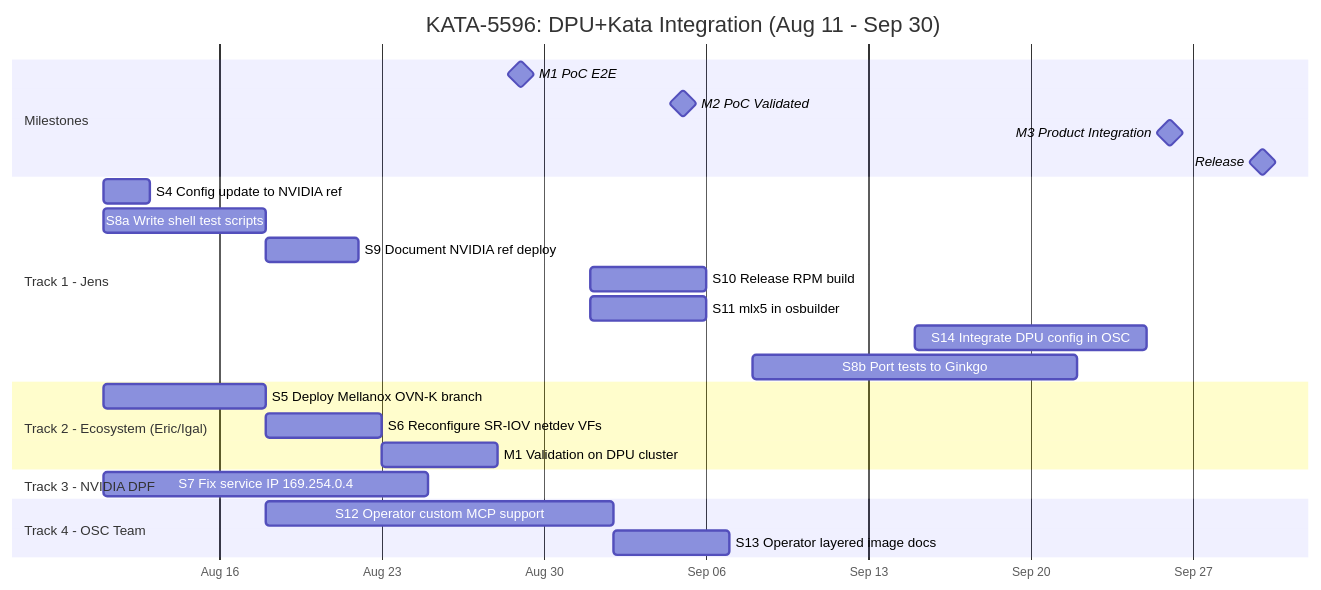
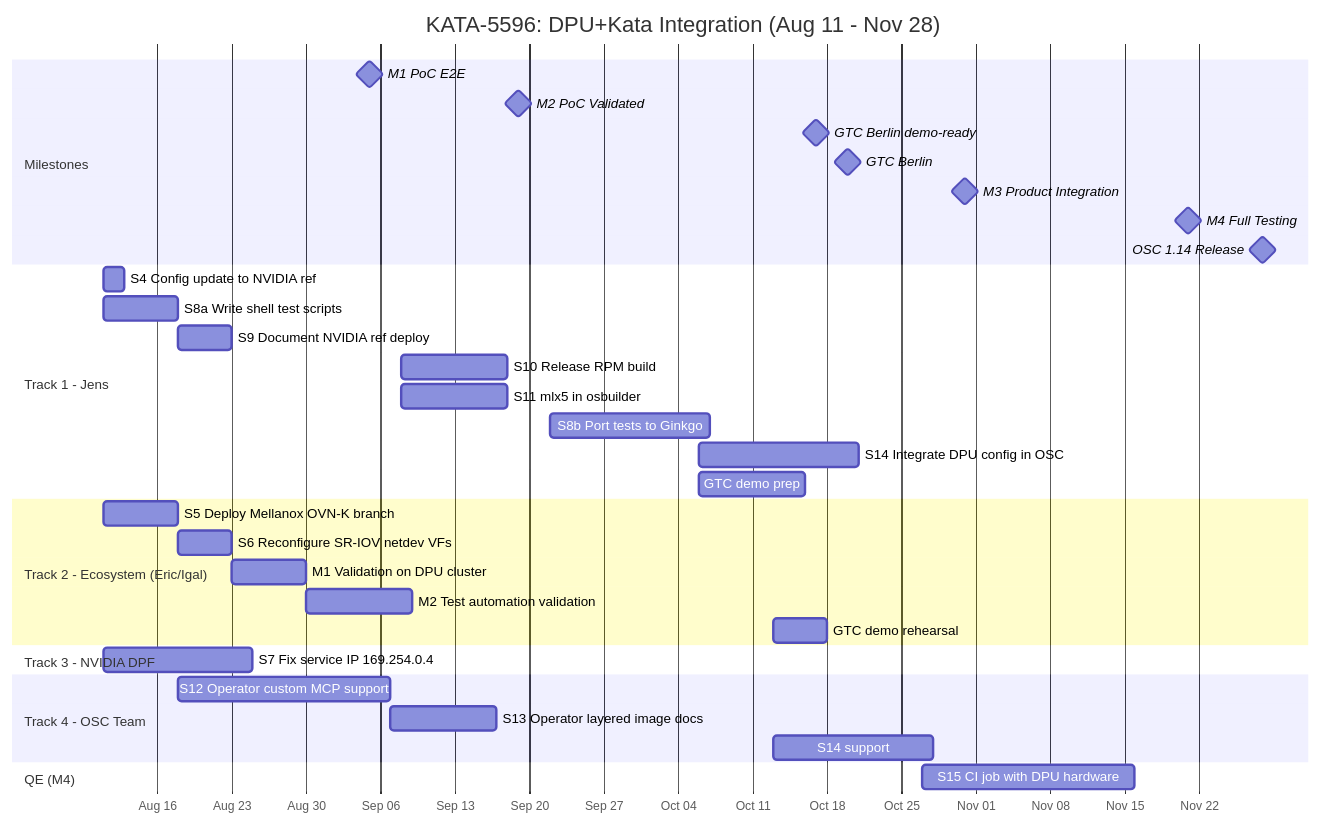
The diagram in dpu-timeline.md (jensfr/rhcos-layer-kata-dpu), drawn with Mermaid before and after one commit. The commit also changed other lines of this file, not shown here.

Commit message:
Update timeline: Nov 28 release, GTC Berlin Oct 20-22 demo deadline

````diff
--- a/dpu-timeline.md
+++ b/dpu-timeline.md
@@ -16,33 +21,43 @@
 ```mermaid
 gantt
-    title KATA-5596: DPU+Kata Integration (Aug 11 - Sep 30)
+    title KATA-5596: DPU+Kata Integration (Aug 11 - Nov 28)
     dateFormat YYYY-MM-DD
     axisFormat %b %d
 
     section Milestones
-    M1 PoC E2E              :milestone, m1, 2026-08-29, 0d
-    M2 PoC Validated        :milestone, m2, 2026-09-05, 0d
-    M3 Product Integration  :milestone, m3, 2026-09-26, 0d
-    Release                 :milestone, rel, 2026-09-30, 0d
+    M1 PoC E2E                   :milestone, m1, 2026-09-05, 0d
+    M2 PoC Validated             :milestone, m2, 2026-09-19, 0d
+    GTC Berlin demo-ready        :milestone, gtc, 2026-10-17, 0d
+    GTC Berlin                   :milestone, gtcconf, 2026-10-20, 0d
+    M3 Product Integration       :milestone, m3, 2026-10-31, 0d
+    M4 Full Testing              :milestone, m4, 2026-11-21, 0d
+    OSC 1.14 Release             :milestone, rel, 2026-11-28, 0d
 
     section Track 1 - Jens
     S4 Config update to NVIDIA ref    :s4, 2026-08-11, 2d
     S8a Write shell test scripts      :s8a, 2026-08-11, 7d
-    S9 Document NVIDIA ref deploy     :s9, 2026-08-18, 4d
-    S10 Release RPM build             :s10, 2026-09-01, 5d
-    S11 mlx5 in osbuilder             :s11, 2026-09-01, 5d
-    S14 Integrate DPU config in OSC   :s14, 2026-09-15, 10d
-    S8b Port tests to Ginkgo          :s8b, 2026-09-08, 14d
+    S9 Document NVIDIA ref deploy     :s9, 2026-08-18, 5d
+    S10 Release RPM build             :s10, 2026-09-08, 10d
+    S11 mlx5 in osbuilder             :s11, 2026-09-08, 10d
+    S8b Port tests to Ginkgo          :s8b, 2026-09-22, 15d
+    S14 Integrate DPU config in OSC   :s14, 2026-10-06, 15d
+    GTC demo prep                     :gtcprep, 2026-10-06, 10d
 
     section Track 2 - Ecosystem (Eric/Igal)
     S5 Deploy Mellanox OVN-K branch   :s5, 2026-08-11, 7d
     S6 Reconfigure SR-IOV netdev VFs  :s6, after s5, 5d
-    M1 Validation on DPU cluster      :val1, after s6, 5d
+    M1 Validation on DPU cluster      :val1, after s6, 7d
+    M2 Test automation validation     :val2, after val1, 10d
+    GTC demo rehearsal                :demo, 2026-10-13, 5d
 
     section Track 3 - NVIDIA DPF
     S7 Fix service IP 169.254.0.4     :s7, 2026-08-11, 14d
 
     section Track 4 - OSC Team
-    S12 Operator custom MCP support   :s12, 2026-08-18, 15d
-    S13 Operator layered image docs   :s13, after s12, 5d
+    S12 Operator custom MCP support   :s12, 2026-08-18, 20d
+    S13 Operator layered image docs   :s13, after s12, 10d
+    S14 support                       :s14osc, 2026-10-13, 15d
+
+    section QE (M4)
+    S15 CI job with DPU hardware      :s15, 2026-10-27, 20d
 ```
````
